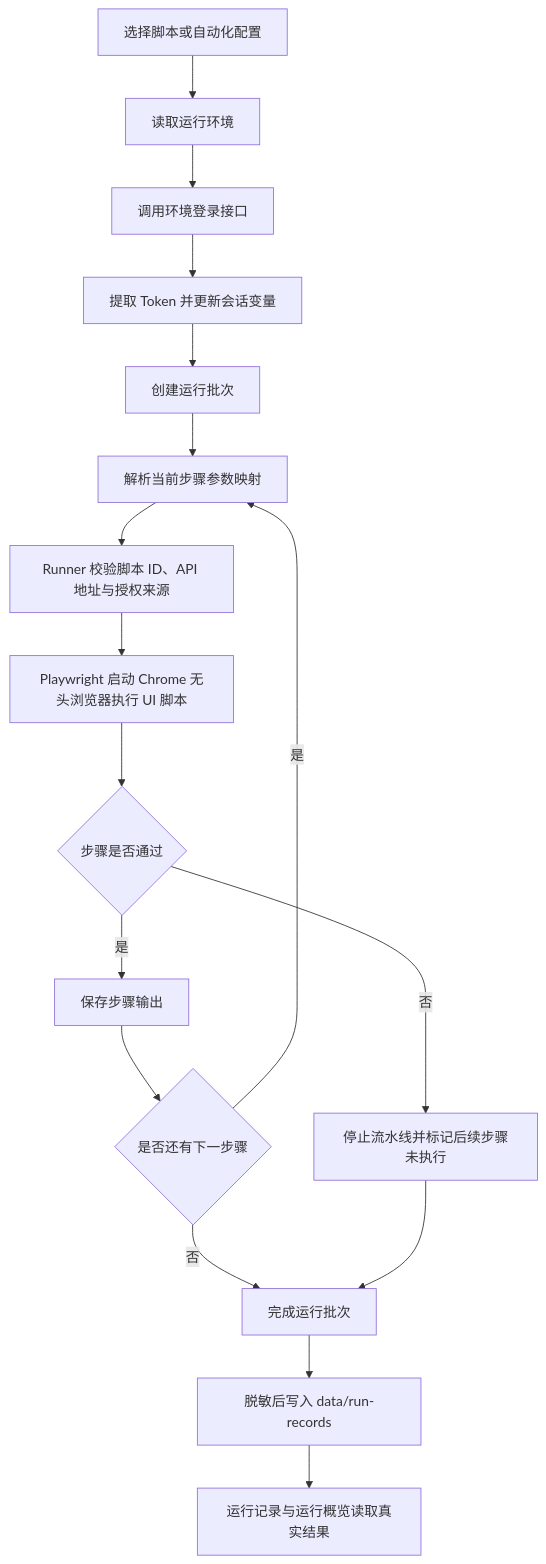
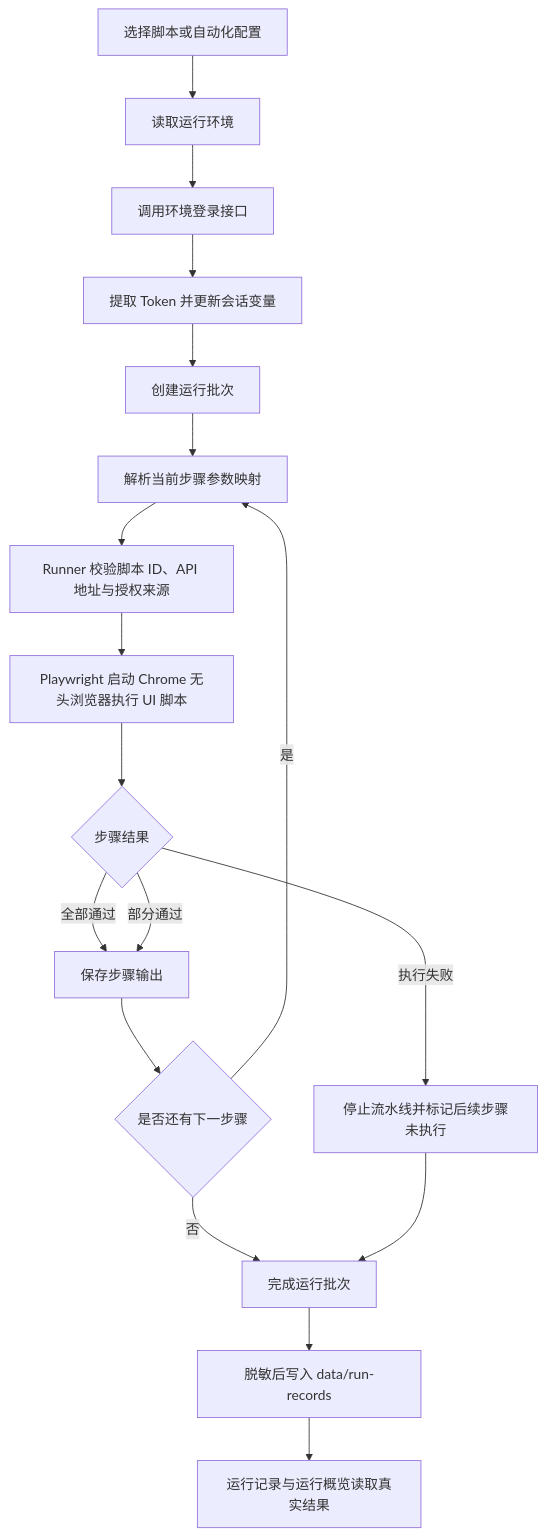
One commit to caozichen/autoTest changed the diagram in README.md. Above: the diagram before and after it, drawn with Mermaid. The commit also changed other lines of this file and 51 other files, not shown here.

````diff
--- a/README.md
+++ b/README.md
@@ -142,19 +154,20 @@
 ```mermaid
 flowchart TD
     A["选择脚本或自动化配置"] --> B["读取运行环境"]
     B --> C["调用环境登录接口"]
     C --> D["提取 Token 并更新会话变量"]
     D --> E["创建运行批次"]
     E --> F["解析当前步骤参数映射"]
     F --> G["Runner 校验脚本 ID、API 地址与授权来源"]
     G --> H["Playwright 启动 Chrome 无头浏览器执行 UI 脚本"]
-    H --> I{"步骤是否通过"}
-    I -- "是" --> J["保存步骤输出"]
+    H --> I{"步骤结果"}
+    I -- "全部通过" --> J["保存步骤输出"]
+    I -- "部分通过" --> J
     J --> K{"是否还有下一步骤"}
     K -- "是" --> F
     K -- "否" --> M["完成运行批次"]
-    I -- "否" --> L["停止流水线并标记后续步骤未执行"]
+    I -- "执行失败" --> L["停止流水线并标记后续步骤未执行"]
     L --> M
     M --> N["脱敏后写入 data/run-records"]
     N --> O["运行记录与运行概览读取真实结果"]
 ```
````
